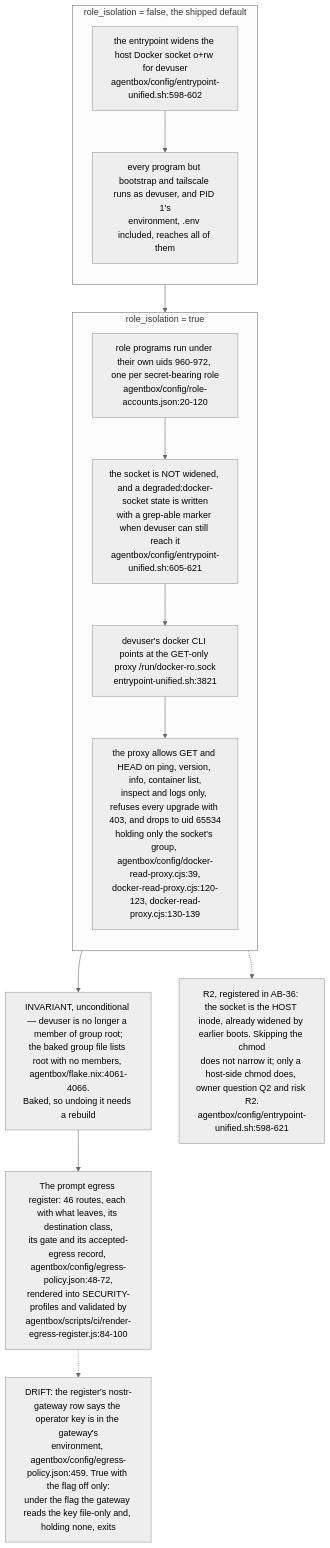
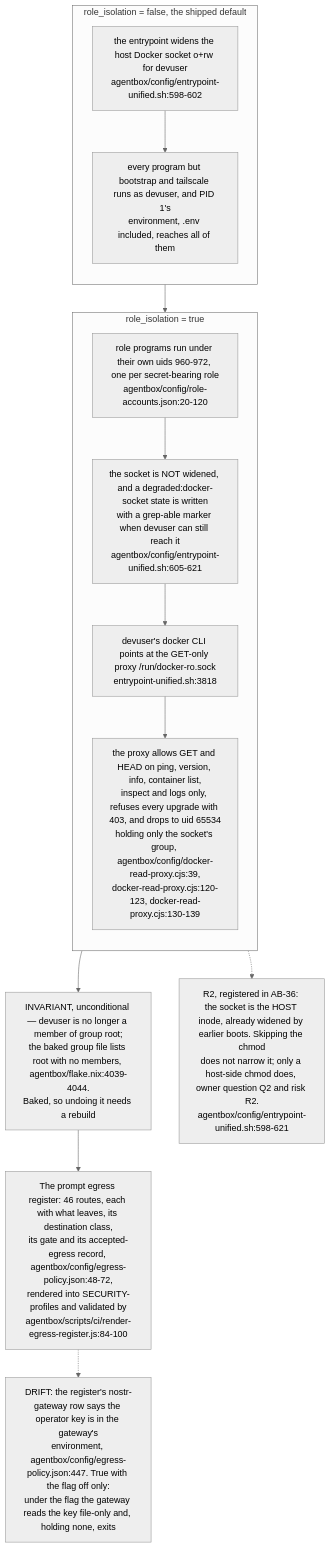
The tenth of 11 diagrams in docs/diagrams/estate/10-deployment-and-security-profiles.md (DreamLab-AI/VisionFlow), drawn with Mermaid (neutral theme) before and after one commit. The commit also changed other lines of this file and 145 other files, not shown here.

````diff
--- a/docs/diagrams/estate/10-deployment-and-security-profiles.md
+++ b/docs/diagrams/estate/10-deployment-and-security-profiles.md
@@ -393,24 +394,24 @@
 ```mermaid
 flowchart TB
     subgraph OFF["role_isolation = false, the shipped default"]
         direction TB
         O1["the entrypoint widens the host Docker socket o+rw for devuser<br/>agentbox/config/entrypoint-unified.sh:598-602"]
         O2["every program but bootstrap and tailscale runs as devuser, and PID 1's<br/>environment, .env included, reaches all of them"]
         O1 --> O2
     end
     subgraph ON["role_isolation = true"]
         direction TB
         A1["role programs run under their own uids 960-972, one per secret-bearing role<br/>agentbox/config/role-accounts.json:20-120"]
         A2["the socket is NOT widened, and a degraded:docker-socket state is written<br/>with a grep-able marker when devuser can still reach it<br/>agentbox/config/entrypoint-unified.sh:605-621"]
-        A3["devuser's docker CLI points at the GET-only proxy /run/docker-ro.sock<br/>entrypoint-unified.sh:3821"]
+        A3["devuser's docker CLI points at the GET-only proxy /run/docker-ro.sock<br/>entrypoint-unified.sh:3818"]
         A4["the proxy allows GET and HEAD on ping, version, info, container list,<br/>inspect and logs only, refuses every upgrade with 403, and drops to uid 65534<br/>holding only the socket's group, agentbox/config/docker-read-proxy.cjs:39,<br/>docker-read-proxy.cjs:120-123, docker-read-proxy.cjs:130-139"]
         A1 --> A2 --> A3 --> A4
     end
     OFF --> ON
-    GR["INVARIANT, unconditional — devuser is no longer a member of group root;<br/>the baked group file lists root with no members, agentbox/flake.nix:4061-4066.<br/>Baked, so undoing it needs a rebuild"]
+    GR["INVARIANT, unconditional — devuser is no longer a member of group root;<br/>the baked group file lists root with no members, agentbox/flake.nix:4039-4044.<br/>Baked, so undoing it needs a rebuild"]
     ON --> GR
     EG["The prompt egress register: 46 routes, each with what leaves, its destination class,<br/>its gate and its accepted-egress record, agentbox/config/egress-policy.json:48-72,<br/>rendered into SECURITY-profiles and validated by<br/>agentbox/scripts/ci/render-egress-register.js:84-100"]
     GR --> EG
     A2 -.-> OPEN2["R2, registered in AB-36: the socket is the HOST inode, already widened by earlier boots. Skipping the chmod<br/>does not narrow it; only a host-side chmod does, owner question Q2 and risk R2.<br/>agentbox/config/entrypoint-unified.sh:598-621"]
-    EG -.-> DR["DRIFT: the register's nostr-gateway row says the operator key is in the gateway's<br/>environment, agentbox/config/egress-policy.json:459. True with the flag off only:<br/>under the flag the gateway reads the key file-only and, holding none, exits"]
+    EG -.-> DR["DRIFT: the register's nostr-gateway row says the operator key is in the gateway's<br/>environment, agentbox/config/egress-policy.json:447. True with the flag off only:<br/>under the flag the gateway reads the key file-only and, holding none, exits"]
 ```
````
